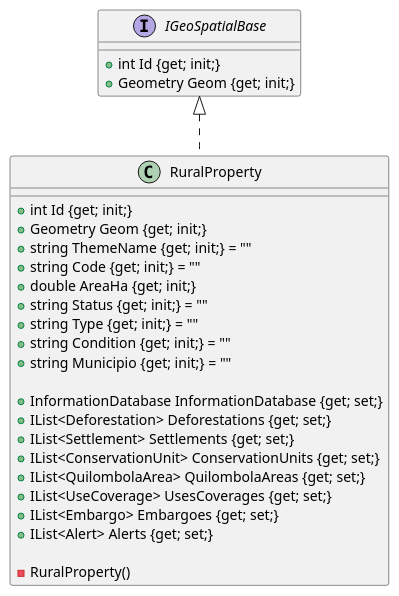
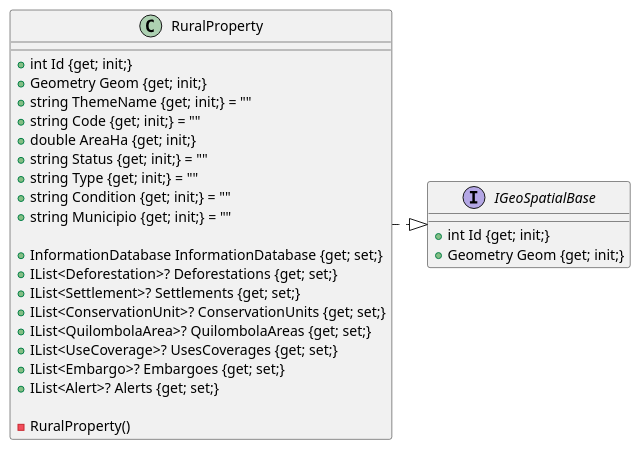
Before and after one commit to ruralgises/documentation: the diagram in class-diagram/rural-property-diagram.plantuml, drawn with PlantUML.

```diff
--- a/class-diagram/rural-property-diagram.plantuml
+++ b/class-diagram/rural-property-diagram.plantuml
@@ -1,31 +1,32 @@
 @startuml
 
-class RuralProperty implements IGeoSpatialBase {
+class RuralProperty {
     {method} +int Id {get; init;}
     {method} +Geometry Geom {get; init;}
     {method} +string ThemeName {get; init;} = ""
     {method} +string Code {get; init;} = ""
     {method} +double AreaHa {get; init;}
     {method} +string Status {get; init;} = ""
     {method} +string Type {get; init;} = ""
     {method} +string Condition {get; init;} = ""
     {method} +string Municipio {get; init;} = ""
     
     {method} +InformationDatabase InformationDatabase {get; set;}
-    {method} +IList<Deforestation> Deforestations {get; set;}
-    {method} +IList<Settlement> Settlements {get; set;}
-    {method} +IList<ConservationUnit> ConservationUnits {get; set;}
-    {method} +IList<QuilombolaArea> QuilombolaAreas {get; set;}
-    {method} +IList<UseCoverage> UsesCoverages {get; set;}
-    {method} +IList<Embargo> Embargoes {get; set;}
-    {method} +IList<Alert> Alerts {get; set;}
+    {method} +IList<Deforestation>? Deforestations {get; set;}
+    {method} +IList<Settlement>? Settlements {get; set;}
+    {method} +IList<ConservationUnit>? ConservationUnits {get; set;}
+    {method} +IList<QuilombolaArea>? QuilombolaAreas {get; set;}
+    {method} +IList<UseCoverage>? UsesCoverages {get; set;}
+    {method} +IList<Embargo>? Embargoes {get; set;}
+    {method} +IList<Alert>? Alerts {get; set;}
 
     {method} -RuralProperty()
 }
 
 interface IGeoSpatialBase {
     {method} +int Id {get; init;}
     {method} +Geometry Geom {get; init;}
 }
 
+RuralProperty .right|> IGeoSpatialBase 
 @enduml
```
